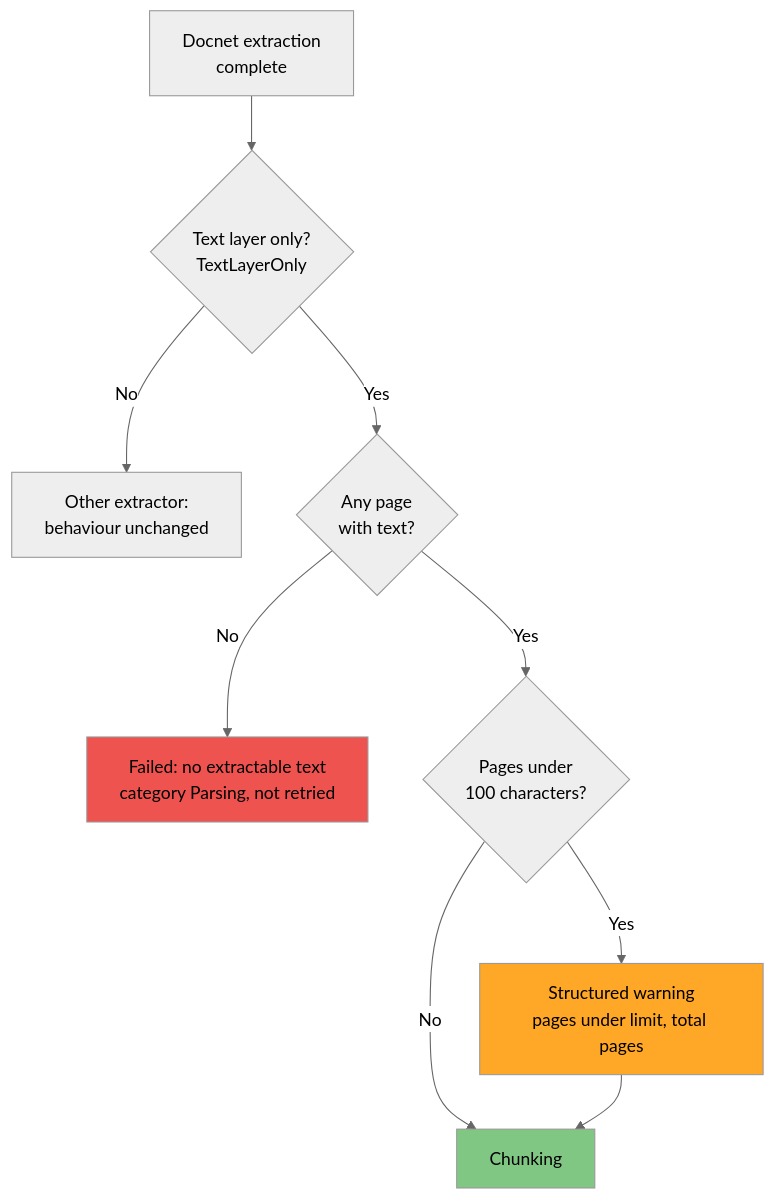
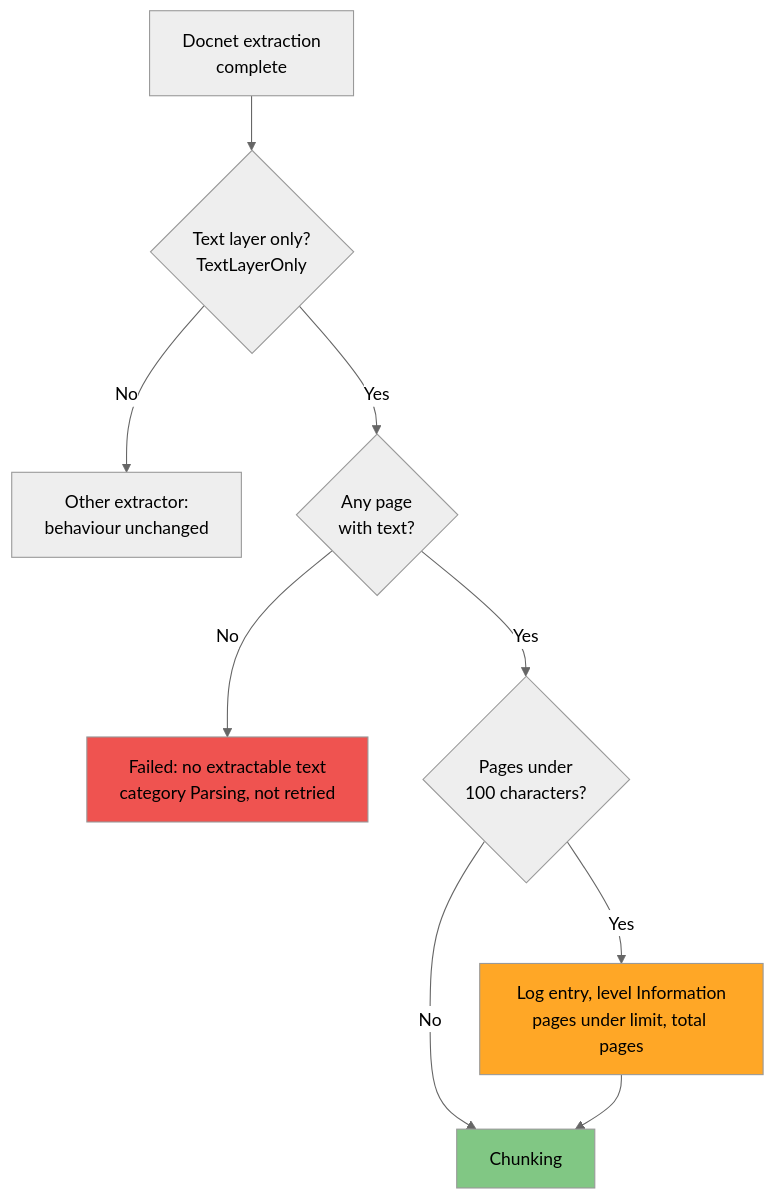
The fifth of 8 diagrams in docs/for-claude/architecture/diagrams/pdf-pipeline-detailed.md (meepleAi-app/meepleai-monorepo), drawn with Mermaid (neutral theme) before and after one commit. The commit also changed other lines of this file and 5 other files, not shown here.

First line of the commit message:
fix(pdf): pagine quasi vuote a livello Information, non Warning (#4437)

````diff
--- a/docs/for-claude/architecture/diagrams/pdf-pipeline-detailed.md
+++ b/docs/for-claude/architecture/diagrams/pdf-pipeline-detailed.md
@@ -251,20 +251,20 @@
 ```mermaid
 flowchart TD
     Docnet[Docnet extraction<br/>complete] --> Layer{Text layer only?<br/>TextLayerOnly}
 
     Layer -->|No| Other[Other extractor:<br/>behaviour unchanged]
 
     Layer -->|Yes| Any{Any page<br/>with text?}
 
     Any -->|No| Scan[Failed: no extractable text<br/>category Parsing, not retried]
 
     Any -->|Yes| Short{Pages under<br/>100 characters?}
 
-    Short -->|Yes| Warn[Structured warning<br/>pages under limit, total pages]
+    Short -->|Yes| Info[Log entry, level Information<br/>pages under limit, total pages]
     Short -->|No| Go[Chunking]
-    Warn --> Go
+    Info --> Go
 
     style Scan fill:#ef5350,color:#000
-    style Warn fill:#ffa726,color:#000
+    style Info fill:#ffa726,color:#000
     style Go fill:#81c784,color:#000
 ```
````
